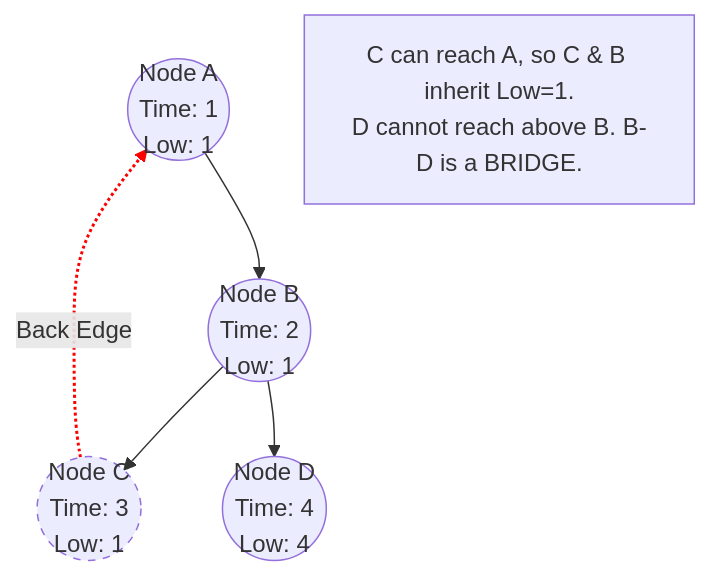
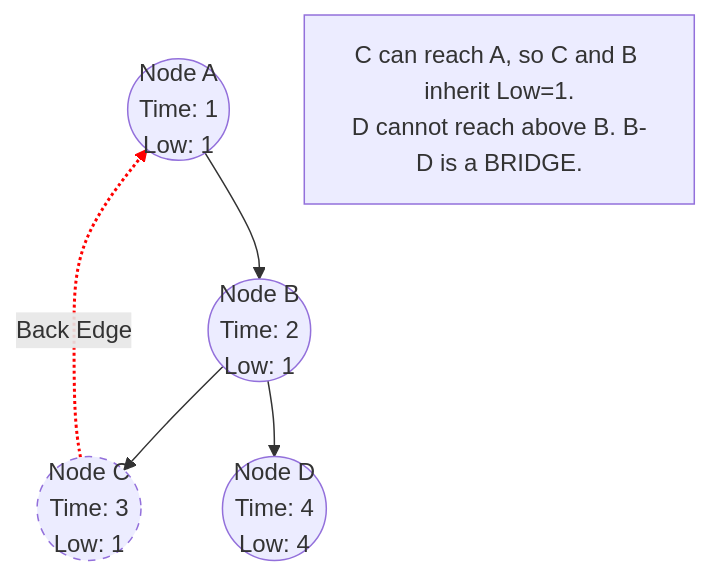
Diagram 11 of 17 in notes/Graph.md (istaari/Leetcode), drawn with Mermaid before and after one commit. The commit also changed other lines of this file and 12 other files, not shown here.

````diff
--- a/notes/Graph.md
+++ b/notes/Graph.md
@@ -889,12 +889,12 @@
 ```mermaid
 graph TD
     A((Node A<br/>Time: 1<br/>Low: 1)) --> B((Node B<br/>Time: 2<br/>Low: 1))
     B --> C((Node C<br/>Time: 3<br/>Low: 1))
-    C -. Back Edge .-> A
+    C -."Back Edge".-> A
     B --> D((Node D<br/>Time: 4<br/>Low: 4))
     
     style C stroke-dasharray: 5 5
-    linkStyle 2 stroke:red,stroke-width:2px;
+    linkStyle 2 stroke:red,stroke-width:2px
     
-    note[C can reach A, so C & B inherit Low=1.<br/>D cannot reach above B. B-D is a BRIDGE.]
+    info["C can reach A, so C and B inherit Low=1.<br/>D cannot reach above B. B-D is a BRIDGE."]
 ```
````
